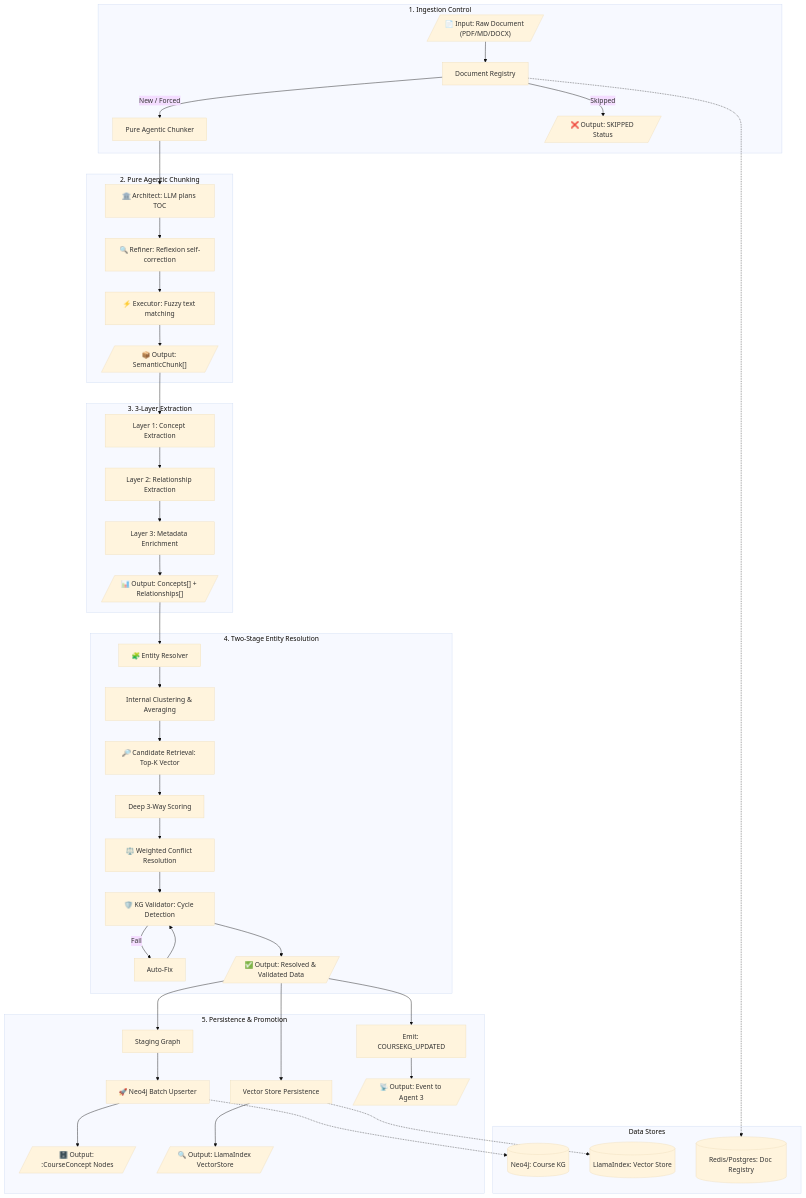
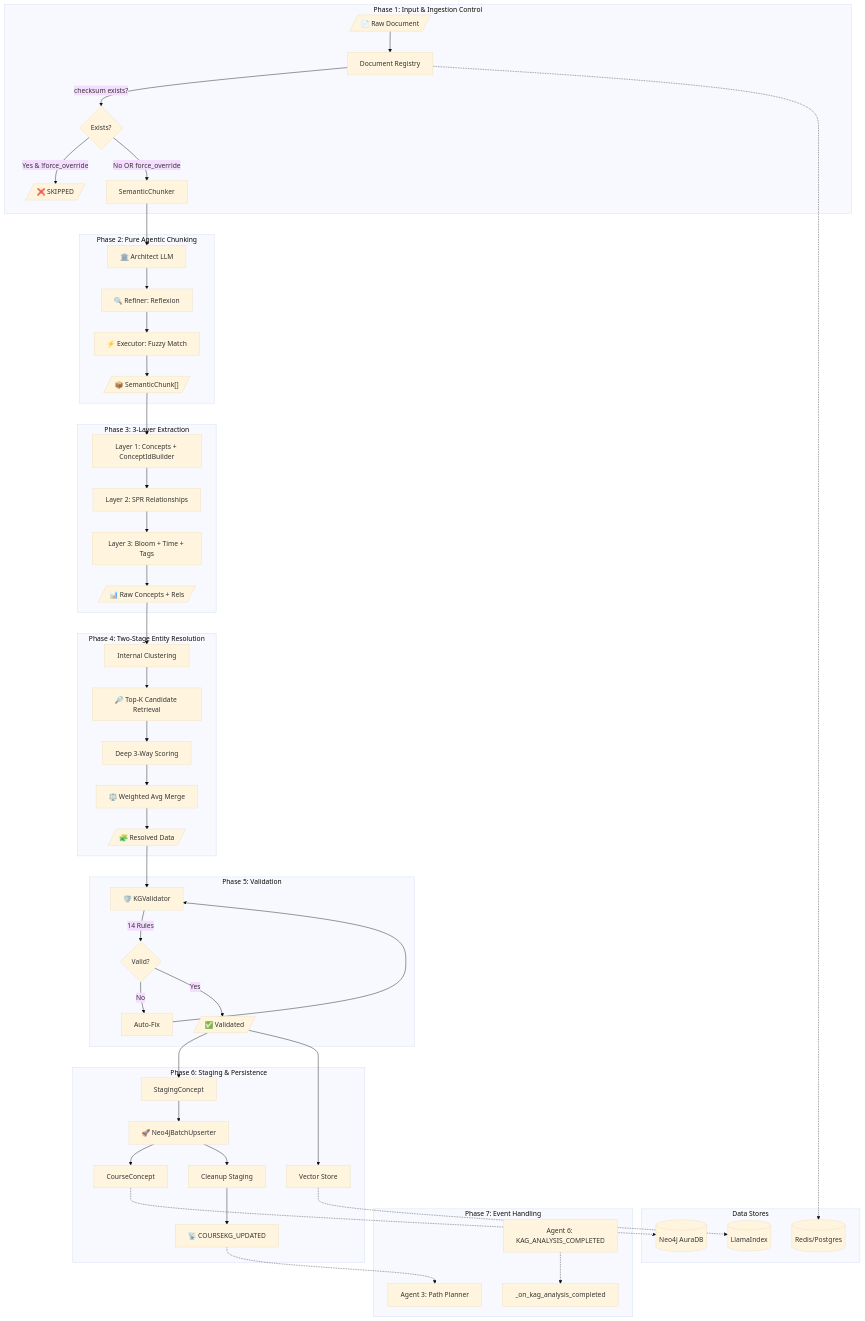
The diagram in docs/AGENT_1_KNOWLEDGE_EXTRACTION.md (MinhAn15/Agentic-Personalized-LearningPath), drawn with Mermaid (base theme) before and after one commit. The commit also changed other lines of this file and 26 other files, not shown here.

````diff
--- a/docs/AGENT_1_KNOWLEDGE_EXTRACTION.md
+++ b/docs/AGENT_1_KNOWLEDGE_EXTRACTION.md
@@ -12,55 +12,64 @@
 ```mermaid
 graph TD
-    subgraph "1. Ingestion Control"
-        IN1[/"📄 Input: Raw Document (PDF/MD/DOCX)"/]
-        IN1 --> REG[Document Registry]
-        REG -- "New / Forced" --> CHUNK[Pure Agentic Chunker]
-        REG -- "Skipped" --> OUT1[/"❌ Output: SKIPPED Status"/]
+    subgraph "Phase 1: Input & Ingestion Control"
+        IN1[/"📄 Raw Document"/]
+        IN1 --> REG["Document Registry"]
+        REG -- "checksum exists?" --> CHECK{"Exists?"}
+        CHECK -- "Yes & !force_override" --> OUT1[/"❌ SKIPPED"/]
+        CHECK -- "No OR force_override" --> CHUNK
     end
 
-    subgraph "2. Pure Agentic Chunking"
-        CHUNK --> ARCH[🏛️ Architect: LLM plans TOC]
-        ARCH --> REF[🔍 Refiner: Reflexion self-correction]
-        REF --> EXEC[⚡ Executor: Fuzzy text matching]
-        EXEC --> OUT2[/"📦 Output: SemanticChunk[]"/]
+    subgraph "Phase 2: Pure Agentic Chunking"
+        CHUNK["SemanticChunker"] --> ARCH["🏛️ Architect LLM"]
+        ARCH --> REF["🔍 Refiner: Reflexion"]
+        REF --> EXEC["⚡ Executor: Fuzzy Match"]
+        EXEC --> OUT2[/"📦 SemanticChunk[]"/]
     end
 
-    subgraph "3. 3-Layer Extraction"
-        OUT2 --> L1[Layer 1: Concept Extraction]
-        L1 --> L2[Layer 2: Relationship Extraction]
-        L2 --> L3[Layer 3: Metadata Enrichment]
-        L3 --> OUT3[/"📊 Output: Concepts[] + Relationships[]"/]
+    subgraph "Phase 3: 3-Layer Extraction"
+        OUT2 --> L1["Layer 1: Concepts + ConceptIdBuilder"]
+        L1 --> L2["Layer 2: SPR Relationships"]
+        L2 --> L3["Layer 3: Bloom + Time + Tags"]
+        L3 --> OUT3[/"📊 Raw Concepts + Rels"/]
     end
 
-    subgraph "4. Two-Stage Entity Resolution"
-        OUT3 --> RESOLVE[🧩 Entity Resolver]
-        RESOLVE --> INTERNAL[Internal Clustering & Averaging]
-        INTERNAL --> CAND[🔎 Candidate Retrieval: Top-K Vector]
-        CAND --> DEEP[Deep 3-Way Scoring]
-        DEEP --> CONFLICT[⚖️ Weighted Conflict Resolution]
-        CONFLICT --> VAL[🛡️ KG Validator: Cycle Detection]
-        VAL -- Fail --> FIX[Auto-Fix]
-        FIX --> VAL
-        VAL --> OUT4[/"✅ Output: Resolved & Validated Data"/]
+    subgraph "Phase 4: Two-Stage Entity Resolution"
+        OUT3 --> INT["Internal Clustering"]
+        INT --> CAND["🔎 Top-K Candidate Retrieval"]
+        CAND --> DEEP["Deep 3-Way Scoring"]
+        DEEP --> MERGE["⚖️ Weighted Avg Merge"]
+        MERGE --> OUT4[/"🧩 Resolved Data"/]
     end
 
-    subgraph "5. Persistence & Promotion"
-        OUT4 --> STAGE[Staging Graph]
-        STAGE --> BATCH[🚀 Neo4j Batch Upserter]
-        BATCH --> OUT5A[/"🗄️ Output: :CourseConcept Nodes"/]
-        OUT4 --> VECTOR[Vector Store Persistence]
-        VECTOR --> OUT5B[/"🔍 Output: LlamaIndex VectorStore"/]
-        OUT4 --> EVENT[Emit: COURSEKG_UPDATED]
-        EVENT --> OUT5C[/"📡 Output: Event to Agent 3"/]
+    subgraph "Phase 5: Validation"
+        OUT4 --> VAL["🛡️ KGValidator"]
+        VAL -- "14 Rules" --> RESULT{"Valid?"}
+        RESULT -- "No" --> FIX["Auto-Fix"]
+        FIX --> VAL
+        RESULT -- "Yes" --> OUT5[/"✅ Validated"/]
+    end
+
+    subgraph "Phase 6: Staging & Persistence"
+        OUT5 --> STAGE["StagingConcept"]
+        STAGE --> BATCH["🚀 Neo4jBatchUpserter"]
+        BATCH --> NEO["CourseConcept"]
+        OUT5 --> VEC["Vector Store"]
+        BATCH --> CLEAN["Cleanup Staging"]
+        CLEAN --> EVENT["📡 COURSEKG_UPDATED"]
+    end
+
+    subgraph "Phase 7: Event Handling"
+        KAG["Agent 6: KAG_ANALYSIS_COMPLETED"] -.-> HANDLER["_on_kag_analysis_completed"]
+        EVENT -.-> PLANNER["Agent 3: Path Planner"]
     end
 
     subgraph "Data Stores"
-        NEO[(Neo4j: Course KG)]
-        VEC[(LlamaIndex: Vector Store)]
-        DB[(Redis/Postgres: Doc Registry)]
+        DB[("Redis/Postgres")]
+        NEO_DB[("Neo4j AuraDB")]
+        VEC_DB[("LlamaIndex")]
     end
 
     REG -.-> DB
-    BATCH -.-> NEO
-    VECTOR -.-> VEC
+    NEO -.-> NEO_DB
+    VEC -.-> VEC_DB
 ```
````
